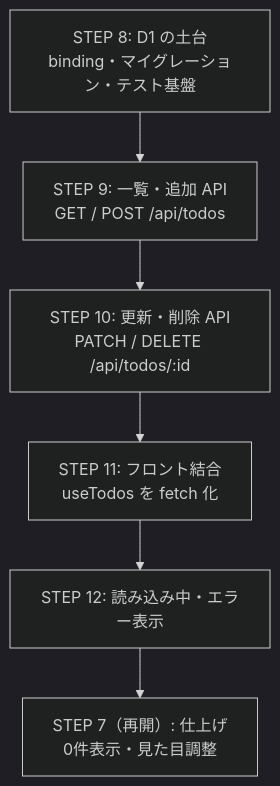
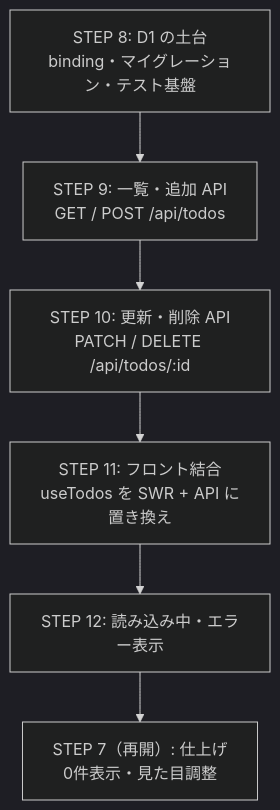
One commit to skomine-gb/todo-app changed the diagram in docs/09-backend-steps.md. Above: the diagram before and after it, drawn with Mermaid (dark theme). The commit also changed other lines of this file and 3 other files, not shown here.

````diff
--- a/docs/09-backend-steps.md
+++ b/docs/09-backend-steps.md
@@ -36,8 +37,8 @@
 ```mermaid
 flowchart TD
     S8["STEP 8: D1 の土台<br/>binding・マイグレーション・テスト基盤"] --> S9["STEP 9: 一覧・追加 API<br/>GET / POST /api/todos"]
     S9 --> S10["STEP 10: 更新・削除 API<br/>PATCH / DELETE /api/todos/:id"]
-    S10 --> S11["STEP 11: フロント結合<br/>useTodos を fetch 化"]
+    S10 --> S11["STEP 11: フロント結合<br/>useTodos を SWR + API に置き換え"]
     S11 --> S12["STEP 12: 読み込み中・エラー表示"]
     S12 --> S7["STEP 7（再開）: 仕上げ<br/>0件表示・見た目調整"]
 ```
````
